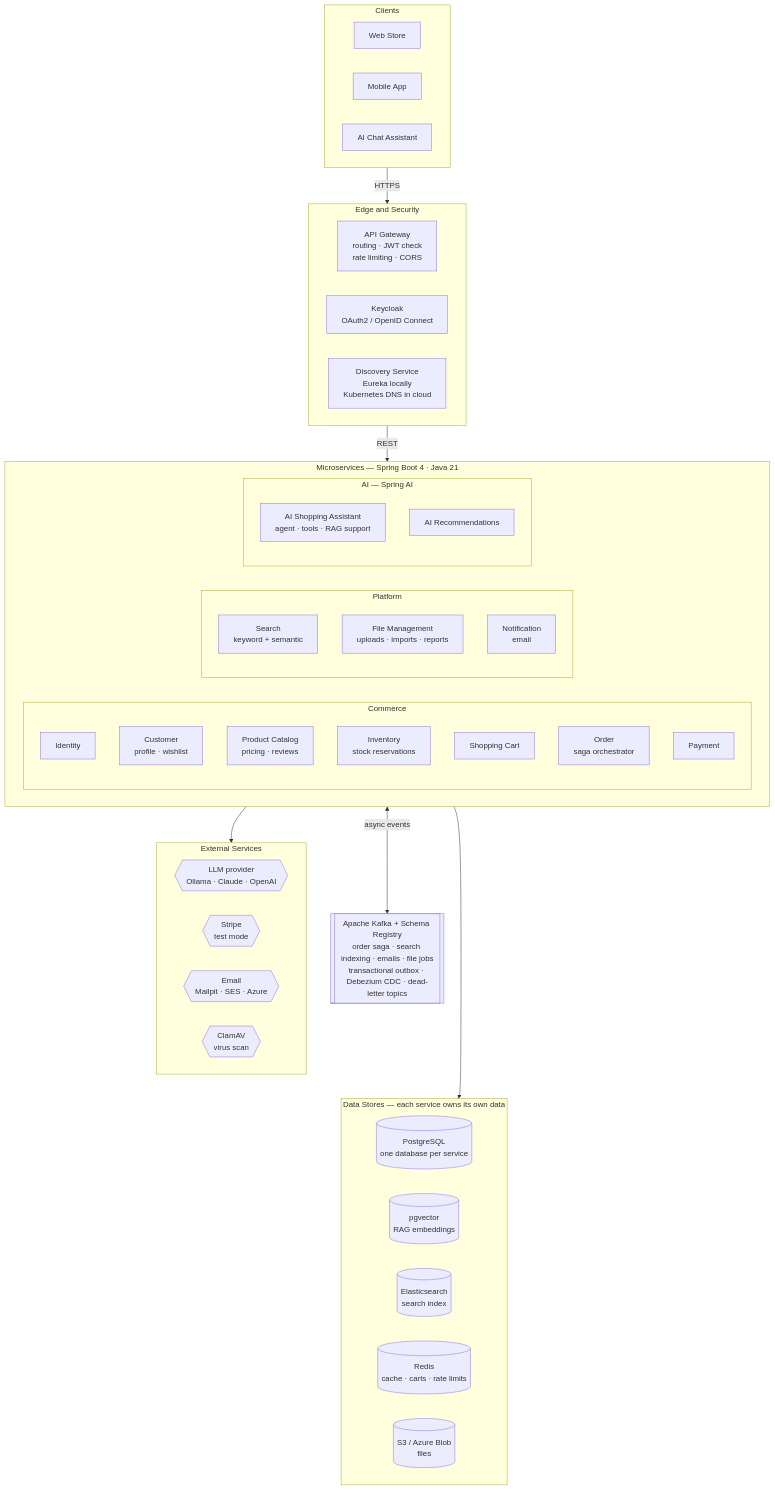
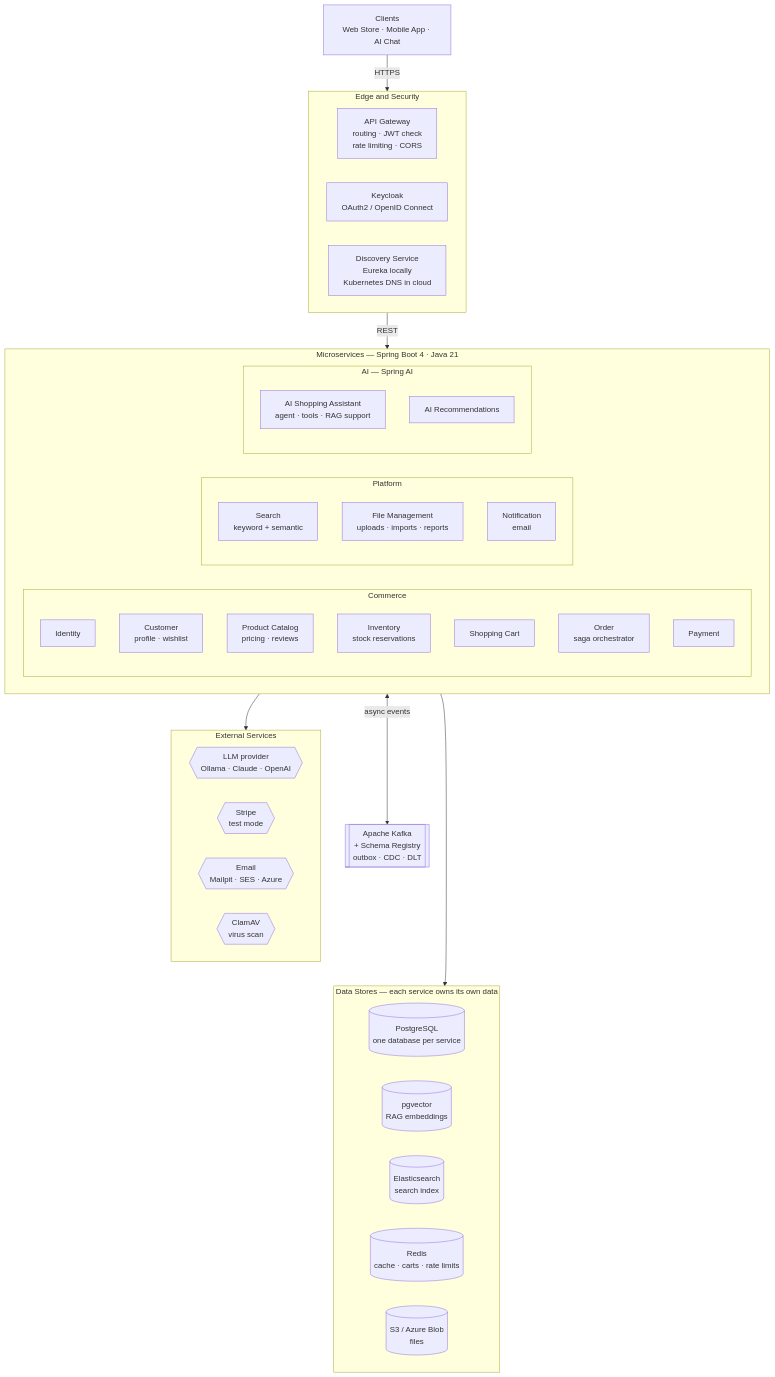
The first of 2 diagrams in README.md (kingaj/ai-powered-enterprise-e-commerce-platform), drawn with Mermaid before and after one commit.

Commit message:
docs: tidy README diagram labels

````diff
--- a/README.md
+++ b/README.md
@@ -10,67 +10,62 @@
 ```mermaid
 flowchart TB
-    subgraph Clients["Clients"]
-        direction LR
-        WEB["Web Store"]
-        MOB["Mobile App"]
-        CHAT["AI Chat Assistant"]
-    end
+    Clients["Clients<br/>Web Store · Mobile App · AI Chat"]
 
     subgraph Edge["Edge and Security"]
         direction LR
         GW["API Gateway<br/>routing · JWT check<br/>rate limiting · CORS"]
         KC["Keycloak<br/>OAuth2 / OpenID Connect"]
         DISC["Discovery Service<br/>Eureka locally<br/>Kubernetes DNS in cloud"]
     end
 
     subgraph Services["Microservices — Spring Boot 4 · Java 21"]
         direction LR
         subgraph Commerce["Commerce"]
             direction TB
             IDS["Identity"]
             CUS["Customer<br/>profile · wishlist"]
             CAT["Product Catalog<br/>pricing · reviews"]
             INV["Inventory<br/>stock reservations"]
             CART["Shopping Cart"]
             ORD["Order<br/>saga orchestrator"]
             PAY["Payment"]
         end
         subgraph Platform["Platform"]
             direction TB
             SRCH["Search<br/>keyword + semantic"]
             FILE["File Management<br/>uploads · imports · reports"]
             NOTIF["Notification<br/>email"]
         end
         subgraph AISvc["AI — Spring AI"]
             direction TB
             ASSIST["AI Shopping Assistant<br/>agent · tools · RAG support"]
             REC["AI Recommendations"]
         end
     end
 
-    BUS[["Apache Kafka + Schema Registry<br/>order saga · search indexing · emails · file jobs<br/>transactional outbox · Debezium CDC · dead-letter topics"]]
+    BUS[["Apache Kafka<br/>+ Schema Registry<br/>outbox · CDC · DLT"]]
 
     subgraph Data["Data Stores — each service owns its own data"]
         direction LR
         PG[("PostgreSQL<br/>one database per service")]
         PGV[("pgvector<br/>RAG embeddings")]
         ES[("Elasticsearch<br/>search index")]
         RD[("Redis<br/>cache · carts · rate limits")]
         OBJ[("S3 / Azure Blob<br/>files")]
     end
 
     subgraph External["External Services"]
         direction LR
         LLM{{"LLM provider<br/>Ollama · Claude · OpenAI"}}
         STRIPE{{"Stripe<br/>test mode"}}
         MAIL{{"Email<br/>Mailpit · SES · Azure"}}
         CLAM{{"ClamAV<br/>virus scan"}}
     end
 
     Clients -->|HTTPS| Edge
     Edge -->|REST| Services
     Services <-->|async events| BUS
     BUS ~~~ Data
     Services --> Data
     Services --> External
 ```
````
